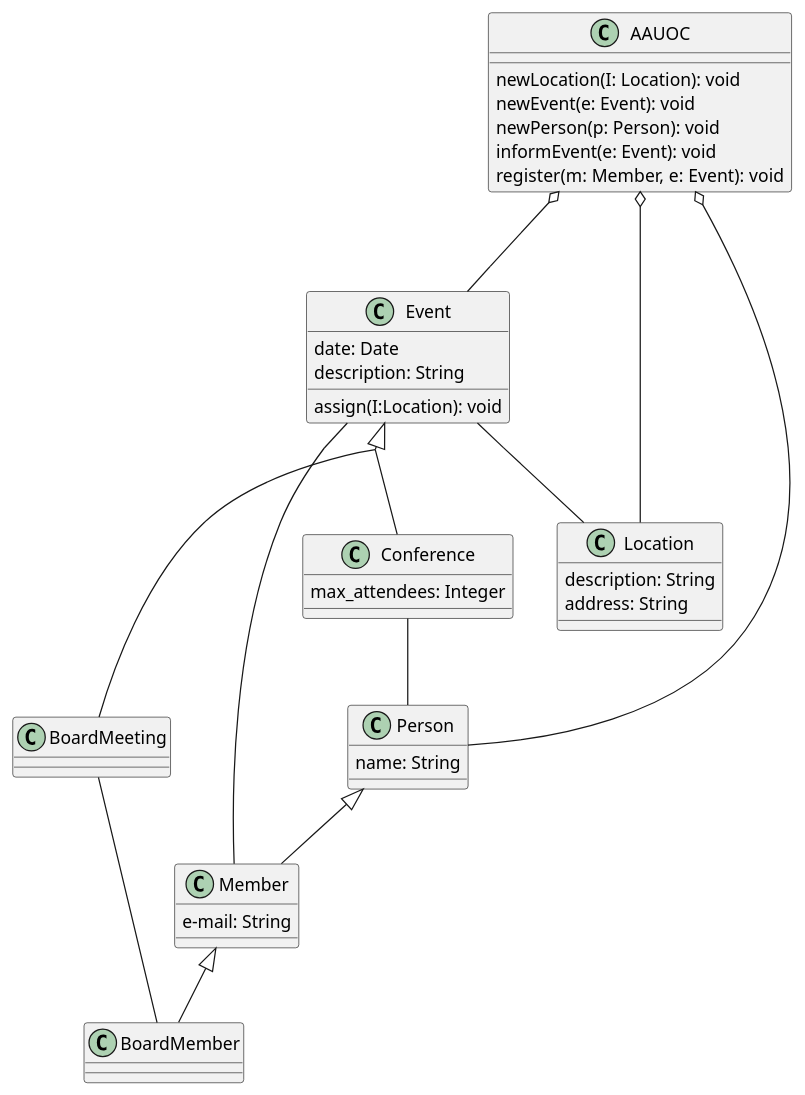
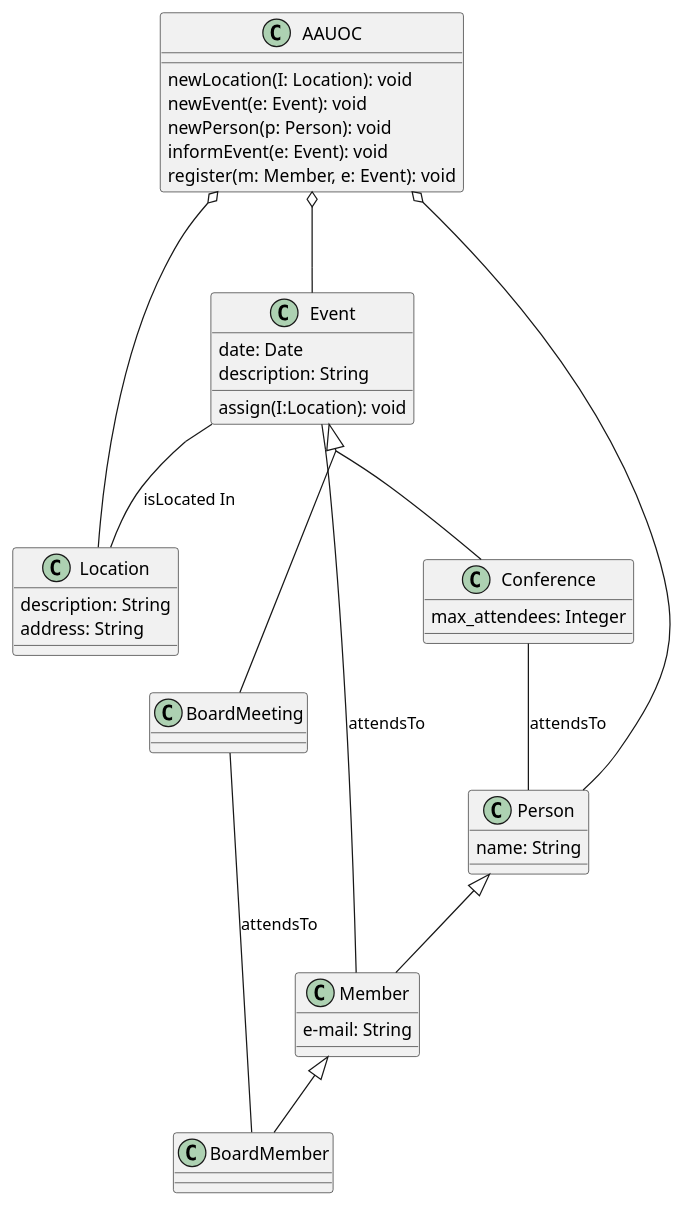
The diagram in PlantUML_UD11_DVGC/src/UML_UD11_DVGC.puml (valencodes/UMLClases_Daniela_Valentina_Galeote_Calderon), drawn with PlantUML before and after one commit. The commit also changed 1 other file, not shown here.

```diff
--- a/PlantUML_UD11_DVGC/src/UML_UD11_DVGC.puml
+++ b/PlantUML_UD11_DVGC/src/UML_UD11_DVGC.puml
@@ -1,52 +1,52 @@
 @startuml
 class Member
 class BoardMember
 class Event
 class Conference
 class BoardMeeting
 class Location
 class Person
 class AAUOC
 
 skinparam groupInheritance 2
 Event <|-- Conference
 Event <|-- BoardMeeting
 
 Person <|-- Member
 Member <|-- BoardMember
 AAUOC o-- Location
 AAUOC o-- Person
 AAUOC o-- Event
-Event -- Location
-BoardMeeting -- BoardMember
-Conference -- Person
-Event -- Member
+Event -- Location:isLocated In
+BoardMeeting -- BoardMember:attendsTo
+Conference -- Person:attendsTo
+Event -- Member:attendsTo
 
 class AAUOC {
   newLocation(I: Location): void
   newEvent(e: Event): void
   newPerson(p: Person): void
   informEvent(e: Event): void
   register(m: Member, e: Event): void
 }
 class Location{
     description: String
     address: String
 }
 class Person{
 name: String
 }
 class Event{
 date: Date
 description: String
 assign(I:Location): void
 }
 class Member{
 e-mail: String
 }
 class Conference{
 max_attendees: Integer
 }
 
 
 @enduml
```
